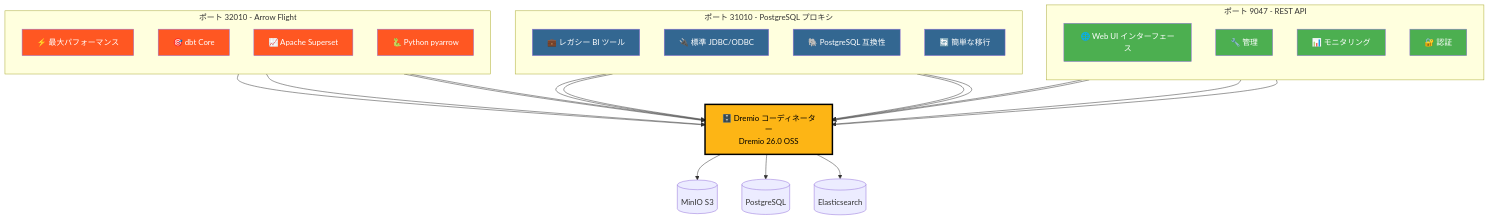
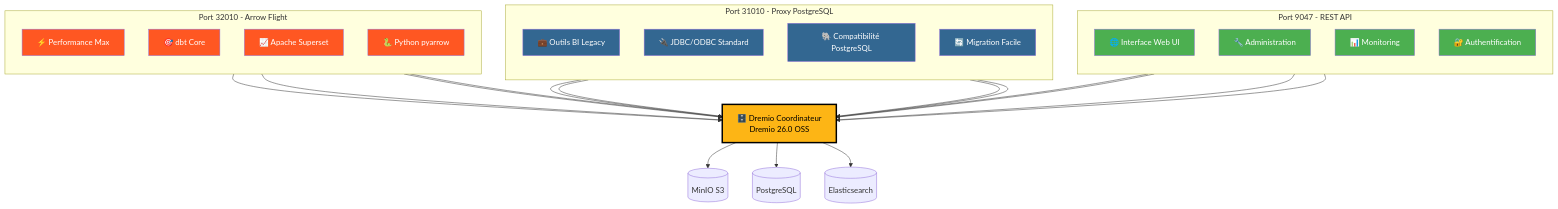
Before and after one commit to Monsau/Talentys-OSS-Data-Platform: the first of 9 diagrams in docs/i18n/jp/architecture/dremio-ports-visual.md, drawn with Mermaid. The commit also changed other lines of this file and 485 other files, not shown here.

First line of the commit message:
feat: v1.1.0 - Complete i18n roadmap, AI services, and data platform

````diff
--- a/docs/i18n/jp/architecture/dremio-ports-visual.md
+++ b/docs/i18n/jp/architecture/dremio-ports-visual.md
@@ -11,52 +11,52 @@
 ```mermaid
 graph TB
-    subgraph "ポート 9047 - REST API"
+    subgraph "Port 9047 - REST API"
         direction TB
-        A1[🌐 Web UI インターフェース]
-        A2[🔧 管理]
-        A3[📊 モニタリング]
-        A4[🔐 認証]
+        A1[🌐 Interface Web UI]
+        A2[🔧 Administration]
+        A3[📊 Monitoring]
+        A4[🔐 Authentification]
     end
     
-    subgraph "ポート 31010 - PostgreSQL プロキシ"
+    subgraph "Port 31010 - Proxy PostgreSQL"
         direction TB
-        B1[💼 レガシー BI ツール]
-        B2[🔌 標準 JDBC/ODBC]
-        B3[🐘 PostgreSQL 互換性]
-        B4[🔄 簡単な移行]
+        B1[💼 Outils BI Legacy]
+        B2[🔌 JDBC/ODBC Standard]
+        B3[🐘 Compatibilité PostgreSQL]
+        B4[🔄 Migration Facile]
     end
     
-    subgraph "ポート 32010 - Arrow Flight"
+    subgraph "Port 32010 - Arrow Flight"
         direction TB
-        C1[⚡ 最大パフォーマンス]
+        C1[⚡ Performance Max]
         C2[🎯 dbt Core]
         C3[📈 Apache Superset]
         C4[🐍 Python pyarrow]
     end
     
-    D[🗄️ Dremio コーディネーター<br/>Dremio 26.0 OSS]
+    D[🗄️ Dremio Coordinateur<br/>Dremio 26.0 OSS]
     
     A1 & A2 & A3 & A4 --> D
     B1 & B2 & B3 & B4 --> D
     C1 & C2 & C3 & C4 --> D
     
     E1[(MinIO S3)]
     E2[(PostgreSQL)]
     E3[(Elasticsearch)]
     
     D --> E1 & E2 & E3
     
     style D fill:#FDB515,color:#000,stroke:#000,stroke-width:3px
     style A1 fill:#4CAF50,color:#fff
     style A2 fill:#4CAF50,color:#fff
     style A3 fill:#4CAF50,color:#fff
     style A4 fill:#4CAF50,color:#fff
     style B1 fill:#336791,color:#fff
     style B2 fill:#336791,color:#fff
     style B3 fill:#336791,color:#fff
     style B4 fill:#336791,color:#fff
     style C1 fill:#FF5722,color:#fff
     style C2 fill:#FF5722,color:#fff
     style C3 fill:#FF5722,color:#fff
     style C4 fill:#FF5722,color:#fff
 ```
````
